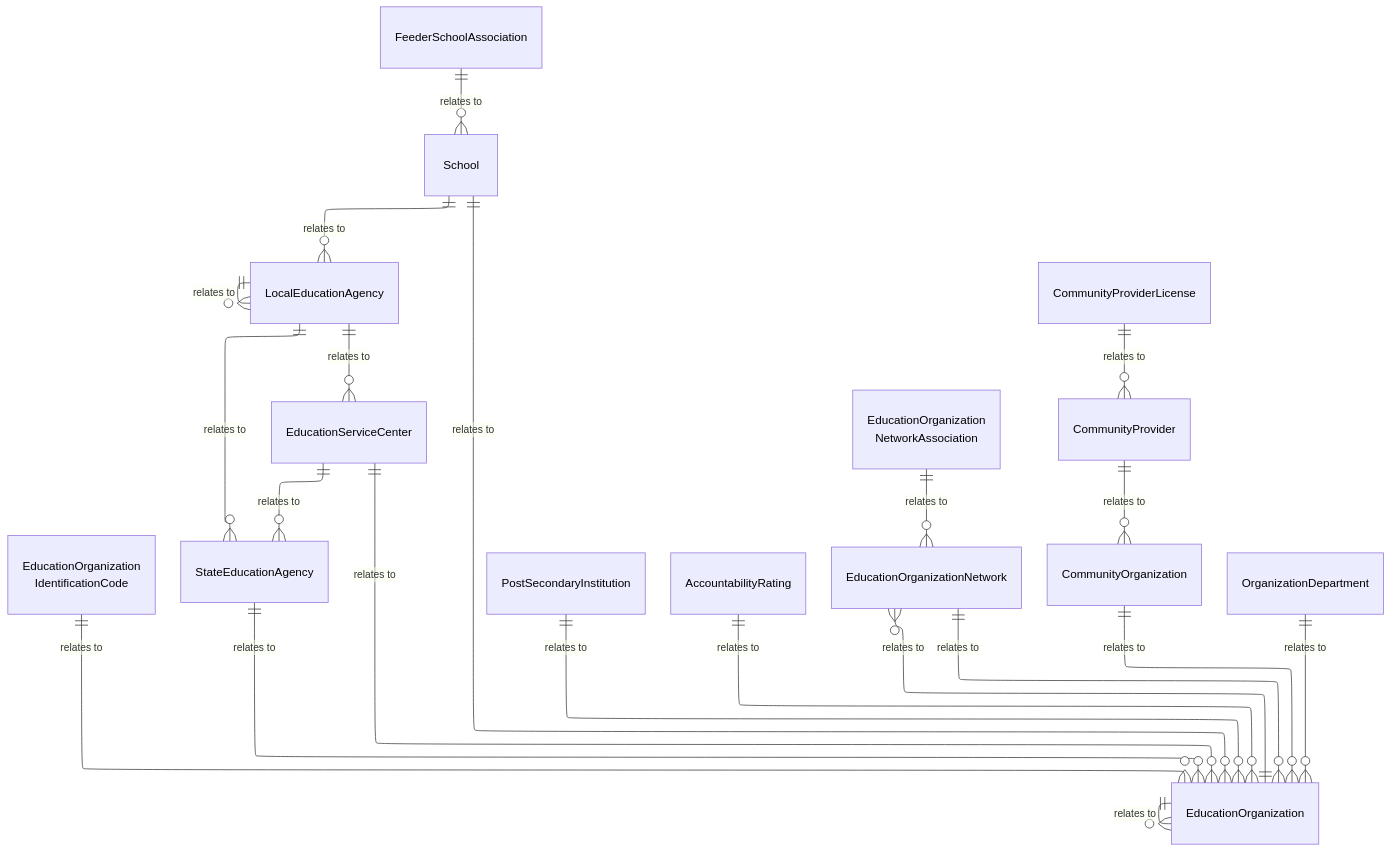
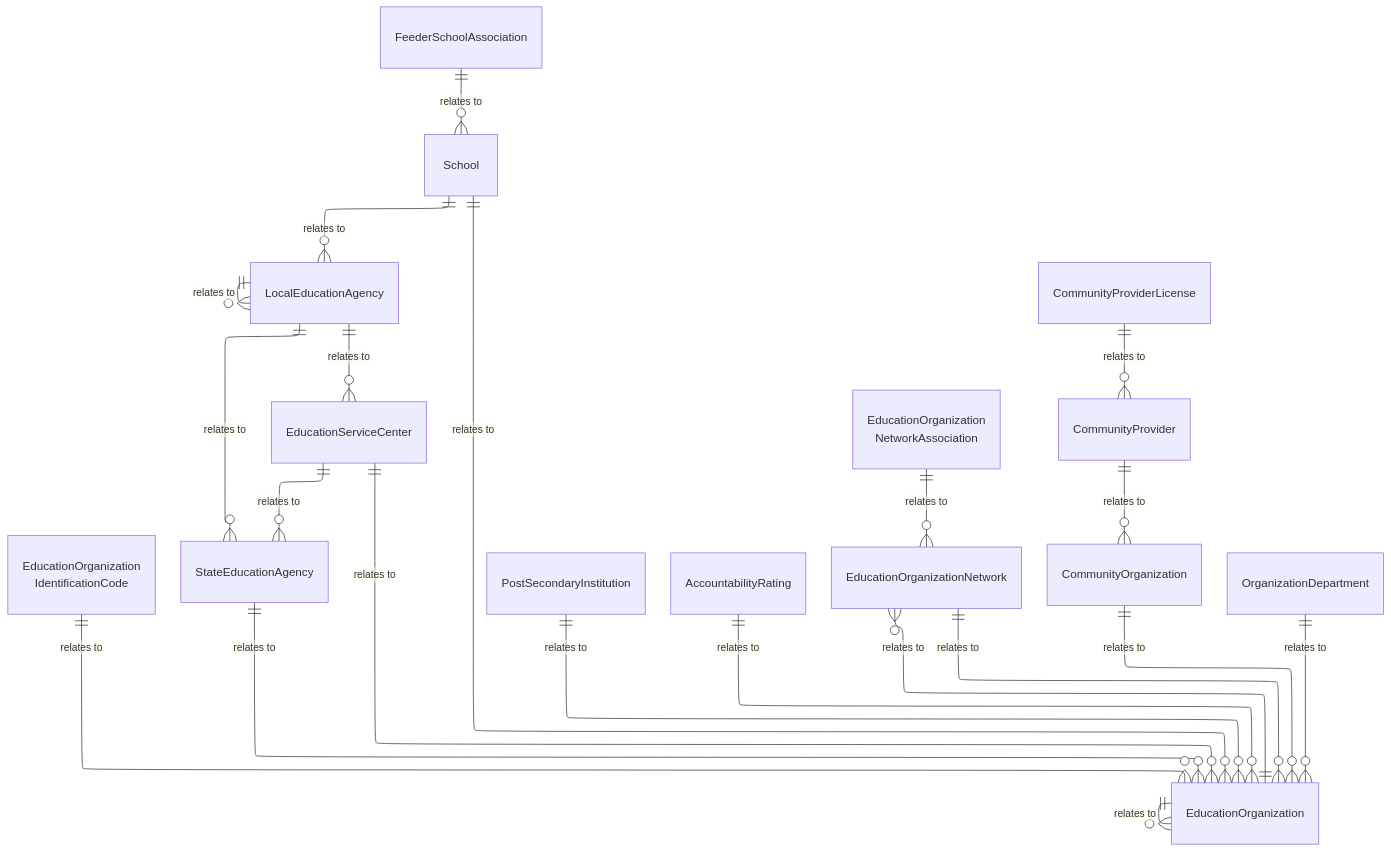
Before and after one commit to Ed-Fi-Alliance-OSS/ed-fi-alliance-oss.github.io: the diagram in dataStandard_versioned_docs/version-6/model-reference/education-organization-domain/model-diagrams.md, drawn with Mermaid. The commit also changed 24 other files, not shown here.

````diff
--- a/dataStandard_versioned_docs/version-6/model-reference/education-organization-domain/model-diagrams.md
+++ b/dataStandard_versioned_docs/version-6/model-reference/education-organization-domain/model-diagrams.md
@@ -10,72 +10,57 @@
 ```mermaid
 ---
 config:
   layout: elk
 ---
 erDiagram
     EducationOrganization {
     }
     EducationOrganizationIdentificationCode["EducationOrganization<br/>IdentificationCode"] {
     }
     StateEducationAgency {
     }
     LocalEducationAgency {
     }
     EducationServiceCenter {
     }
     School {
     }
     PostSecondaryInstitution {
     }
     AccountabilityRating {
     }
     EducationOrganizationNetwork {
     }
     EducationOrganizationNetworkAssociation["EducationOrganization<br/>NetworkAssociation"] {
     }
     FeederSchoolAssociation {
     }
     CommunityOrganization {
     }
     CommunityProvider {
     }
     CommunityProviderLicense {
     }
     OrganizationDepartment {
     }
     StateEducationAgency ||--o{ EducationOrganization : "relates to"
     EducationServiceCenter ||--o{ EducationOrganization : "relates to"
     School ||--o{ EducationOrganization : "relates to"
     PostSecondaryInstitution ||--o{ EducationOrganization : "relates to"
     CommunityOrganization ||--o{ EducationOrganization : "relates to"
     OrganizationDepartment ||--o{ EducationOrganization : "relates to"
     EducationOrganization ||--o{ EducationOrganization : "relates to"
     EducationOrganization ||--o{ EducationOrganizationNetwork : "relates to"
     EducationOrganizationNetwork ||--o{ EducationOrganization : "relates to"
     AccountabilityRating ||--o{ EducationOrganization : "relates to"
     EducationOrganizationNetworkAssociation ||--o{ EducationOrganizationNetwork : "relates to"
     School ||--o{ LocalEducationAgency : "relates to"
     LocalEducationAgency ||--o{ EducationServiceCenter : "relates to"
     LocalEducationAgency ||--o{ LocalEducationAgency : "relates to"
     EducationServiceCenter ||--o{ StateEducationAgency : "relates to"
     LocalEducationAgency ||--o{ StateEducationAgency : "relates to"
     FeederSchoolAssociation ||--o{ School : "relates to"
     CommunityProvider ||--o{ CommunityOrganization : "relates to"
     CommunityProviderLicense ||--o{ CommunityProvider : "relates to"
     EducationOrganizationIdentificationCode ||--o{ EducationOrganization : "relates to"
-    style EducationOrganization color:#000000
-    style EducationOrganizationIdentificationCode color:#000000
-    style StateEducationAgency color:#000000
-    style LocalEducationAgency color:#000000
-    style EducationServiceCenter color:#000000
-    style School color:#000000
-    style PostSecondaryInstitution color:#000000
-    style AccountabilityRating color:#000000
-    style EducationOrganizationNetwork color:#000000
-    style EducationOrganizationNetworkAssociation color:#000000
-    style FeederSchoolAssociation color:#000000
-    style CommunityOrganization color:#000000
-    style CommunityProvider color:#000000
-    style CommunityProviderLicense color:#000000
-    style OrganizationDepartment color:#000000
 ```
````
